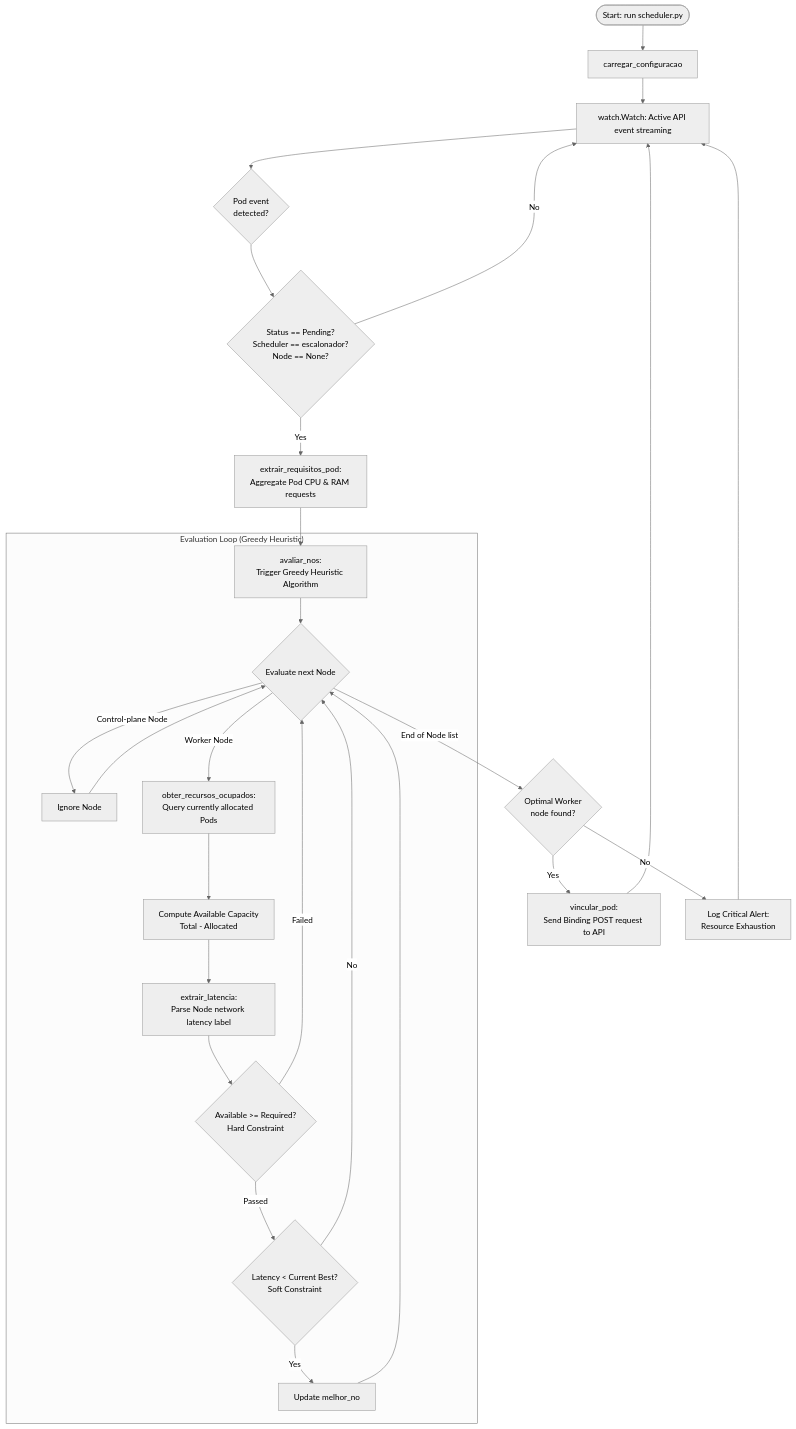
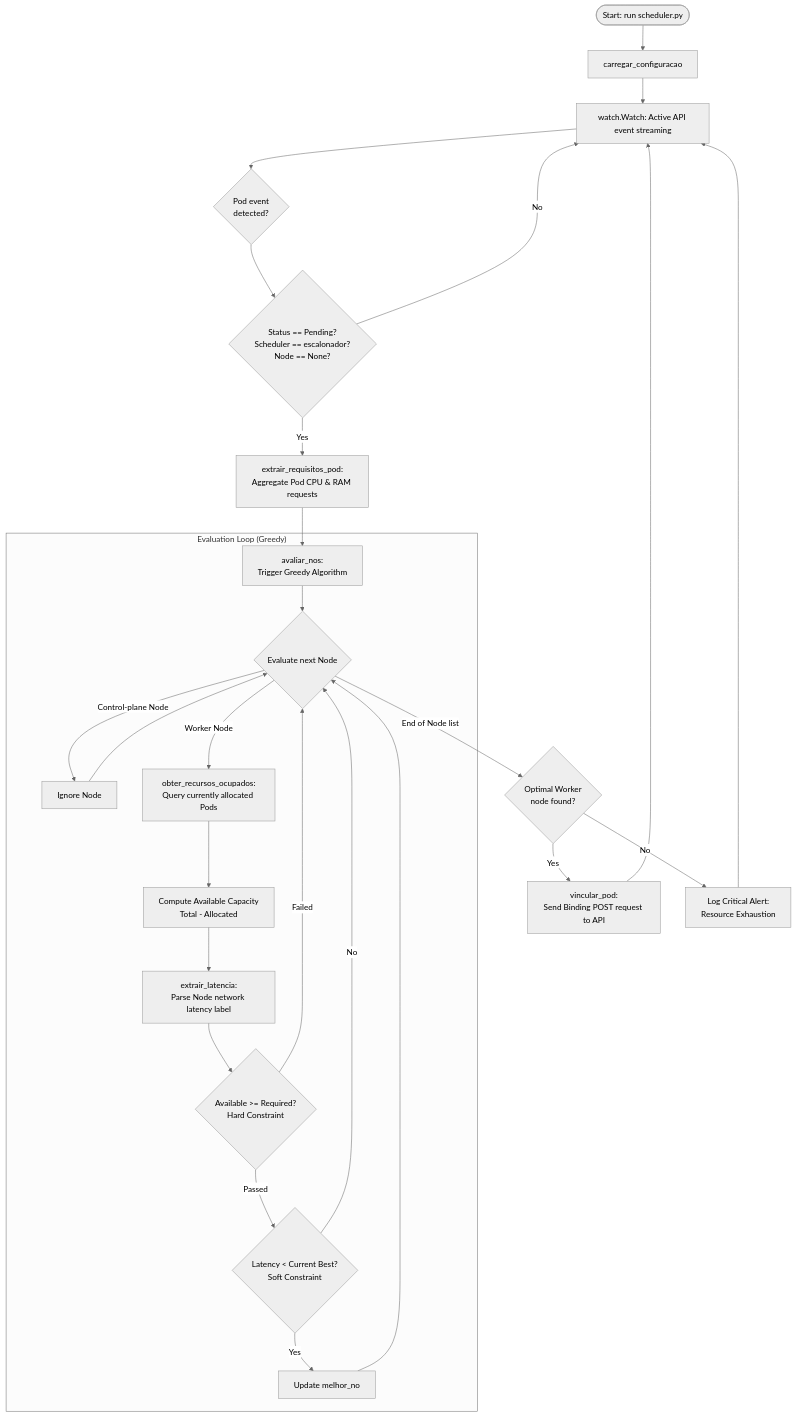
The diagram in README.md (tioneOliveira/Kubernets-Scheduler), drawn with Mermaid (neutral theme) before and after one commit. The commit also changed other lines of this file, not shown here.

````diff
--- a/README.md
+++ b/README.md
@@ -35,37 +35,37 @@
 ```mermaid
 graph TD
     A([Start: run scheduler.py]) --> B[carregar_configuracao]
     B --> C[watch.Watch: Active API event streaming]
     
     C --> D{Pod event<br>detected?}
     D --> E{Status == Pending?<br>Scheduler == escalonador?<br>Node == None?}
     
     E -->|No| C
     E -->|Yes| F[extrair_requisitos_pod:<br>Aggregate Pod CPU & RAM requests]
     
-    F --> G[avaliar_nos:<br>Trigger Greedy Heuristic Algorithm]
+    F --> G[avaliar_nos:<br>Trigger Greedy Algorithm]
     
-    subgraph "Evaluation Loop (Greedy Heuristic)"
+    subgraph "Evaluation Loop (Greedy)"
         G --> H{Evaluate next Node}
         H -->|Control-plane Node| I[Ignore Node]
         I --> H
         H -->|Worker Node| J[obter_recursos_ocupados:<br>Query currently allocated Pods]
         J --> K[Compute Available Capacity<br>Total - Allocated]
         K --> L[extrair_latencia:<br>Parse Node network latency label]
         
         L --> M{Available >= Required?<br>Hard Constraint}
         M -->|Failed| H
         M -->|Passed| N{Latency < Current Best?<br>Soft Constraint}
         N -->|No| H
         N -->|Yes| O[Update melhor_no]
         O --> H
     end
     
     H -->|End of Node list| P{Optimal Worker<br>node found?}
     
     P -->|Yes| Q[vincular_pod:<br>Send Binding POST request to API]
     P -->|No| R[Log Critical Alert:<br>Resource Exhaustion]
     
     Q --> C
     R --> C
 ```
````
